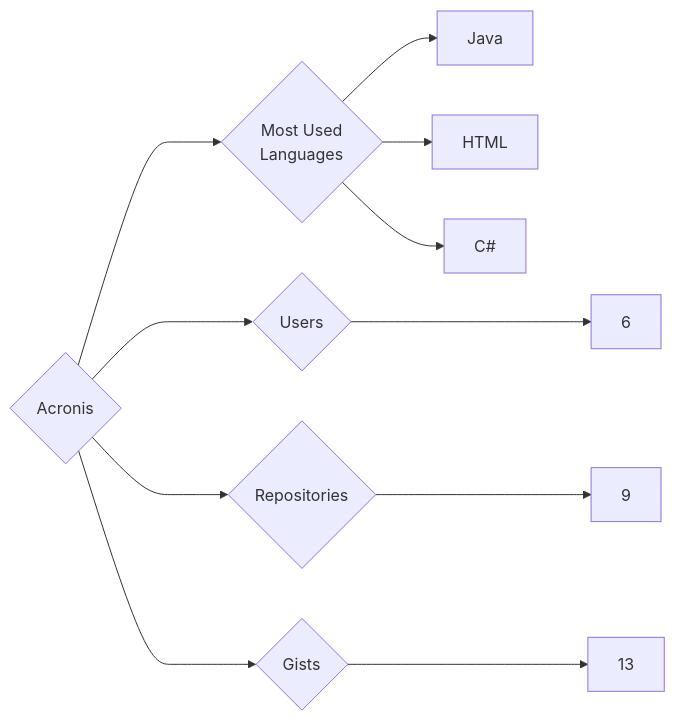
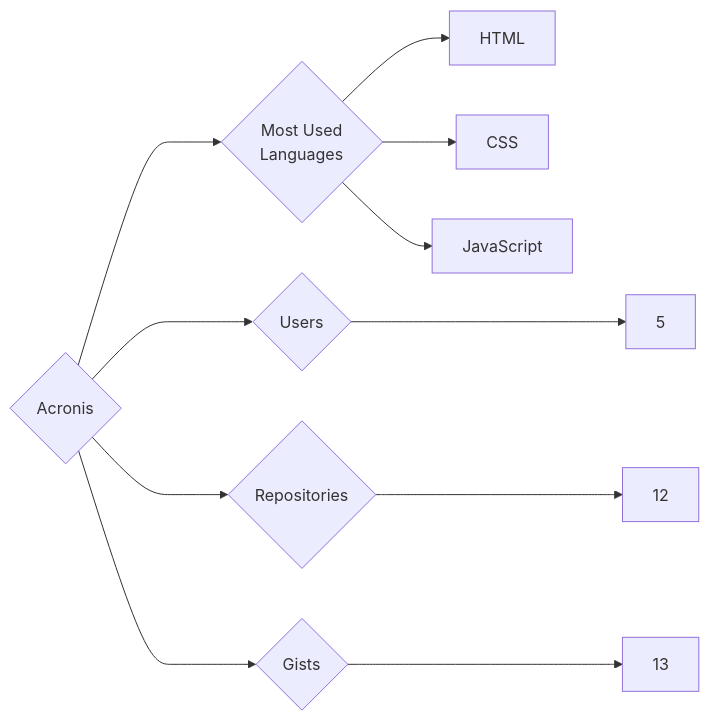
One commit to trickest/insiders changed the diagram in targets/Acronis/README.md. Above: the diagram before and after it, drawn with Mermaid. The commit also changed 1055 other files, not shown here.

````diff
--- a/targets/Acronis/README.md
+++ b/targets/Acronis/README.md
@@ -3,11 +3,11 @@
 ```mermaid
 graph LR
 COMPANY_NAME{Acronis}
-COMPANY_NAME ---> U{Users} ---> UN[6]
-COMPANY_NAME ---> R{Repositories} ---> RN[9]
+COMPANY_NAME ---> U{Users} ---> UN[5]
+COMPANY_NAME ---> R{Repositories} ---> RN[12]
 COMPANY_NAME ---> G{Gists} ---> GN[13]
 COMPANY_NAME ---> ML{Most Used<br>Languages}
-ML --> Java[Java]
 ML --> HTML[HTML]
-ML --> C#[C#]
+ML --> CSS[CSS]
+ML --> JavaScript[JavaScript]
 ```
````
